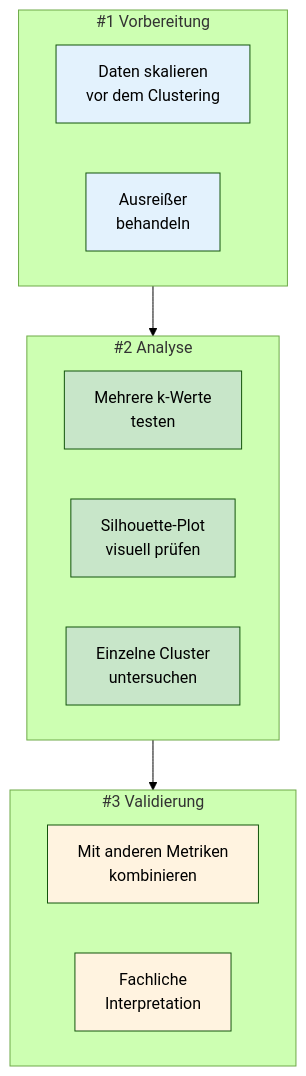
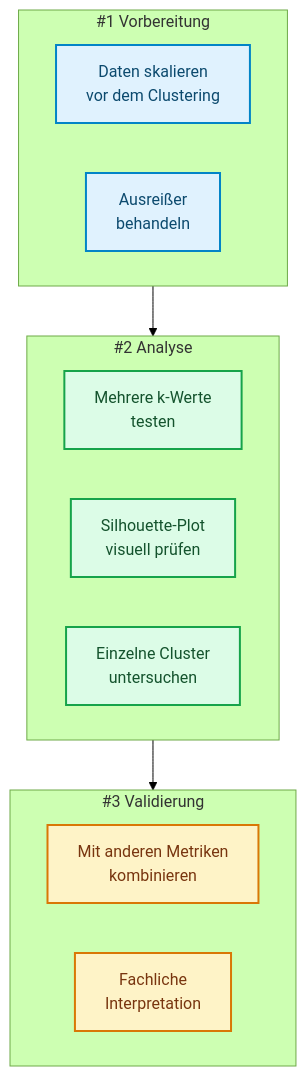
One commit to ralf-42/ML_Intro changed the fourth of 4 diagrams in docs/concepts/evaluate/bewertung_clustering.md. Above: the diagram before and after it, drawn with Mermaid (forest theme). The commit also changed other lines of this file and 67 other files, not shown here.

````diff
--- a/docs/concepts/evaluate/bewertung_clustering.md
+++ b/docs/concepts/evaluate/bewertung_clustering.md
@@ -173,28 +178,26 @@
 ```mermaid
 flowchart TD
     subgraph Vorbereitung["#1 Vorbereitung"]
         V1[Daten skalieren<br/>vor dem Clustering]
         V2[Ausreißer<br/>behandeln]
     end
     
     subgraph Analyse["#2 Analyse"]
         A1[Mehrere k-Werte<br/>testen]
         A2[Silhouette-Plot<br/>visuell prüfen]
         A3[Einzelne Cluster<br/>untersuchen]
     end
     
     subgraph Validierung["#3 Validierung"]
         VAL1[Mit anderen Metriken<br/>kombinieren]
         VAL2[Fachliche<br/>Interpretation]
     end
     
     Vorbereitung --> Analyse --> Validierung
-    
-    style V1 fill:#e3f2fd
-    style V2 fill:#e3f2fd
-    style A1 fill:#c8e6c9
-    style A2 fill:#c8e6c9
-    style A3 fill:#c8e6c9
-    style VAL1 fill:#fff3e0
-    style VAL2 fill:#fff3e0
+
+    classDef default fill:#e0f2fe,stroke:#0284c7,stroke-width:2px,color:#0c4a6e;
+    classDef metric fill:#fef3c7,stroke:#d97706,stroke-width:2px,color:#78350f;
+    classDef output fill:#dcfce7,stroke:#16a34a,stroke-width:2px,color:#14532d;
+    class VAL1,VAL2 metric;
+    class A1,A2,A3 output;
 ```
````
